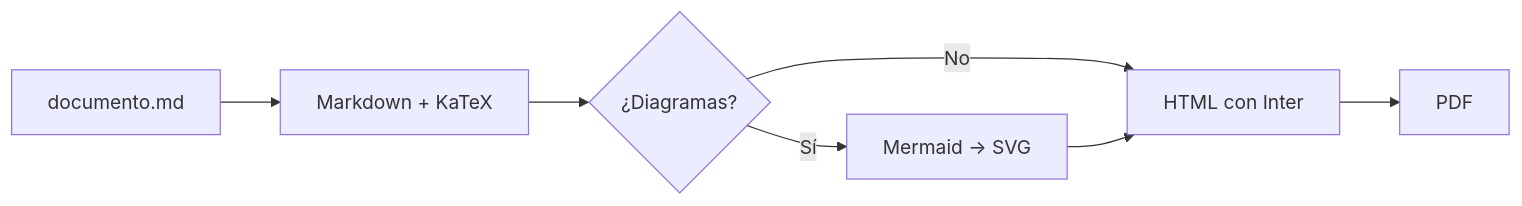
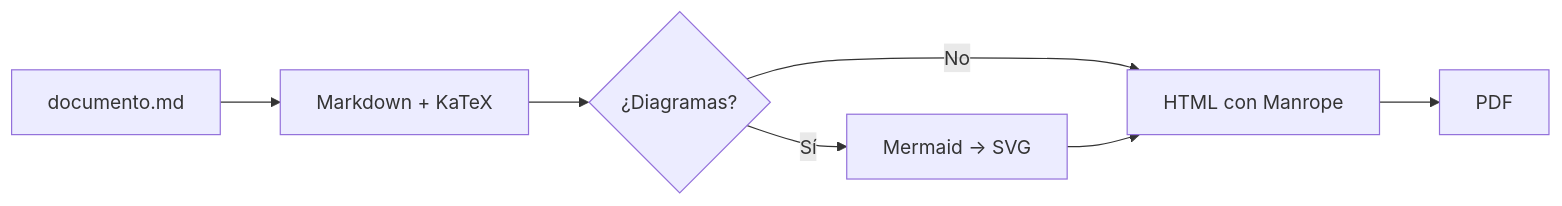
One commit to imontene/MD_reder changed the first of 2 diagrams in examples/ejemplo.md. Above: the diagram before and after it, drawn with Mermaid. The commit also changed other lines of this file and 18 other files, not shown here.

First line of the commit message:
Set text in Manrope by default; keep Inter as --font inter

````diff
--- a/examples/ejemplo.md
+++ b/examples/ejemplo.md
@@ -44,8 +44,8 @@
 ```mermaid
 flowchart LR
     A[documento.md] --> B[Markdown + KaTeX]
     B --> C{¿Diagramas?}
     C -->|Sí| D[Mermaid → SVG]
-    C -->|No| E[HTML con Inter]
+    C -->|No| E[HTML con Manrope]
     D --> E --> F[PDF]
 ```
````
